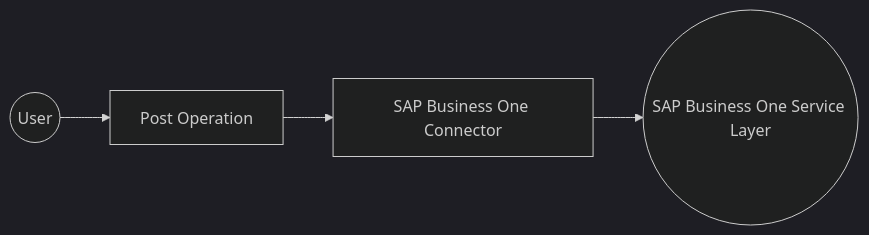
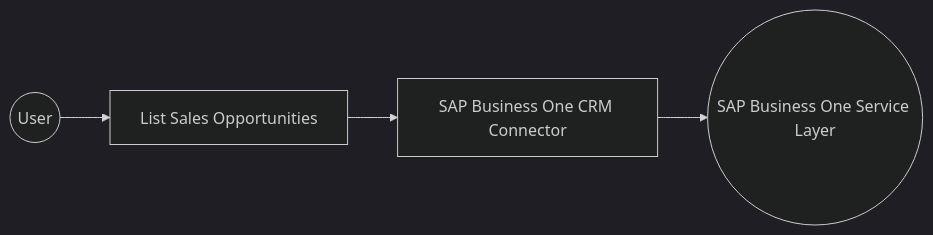
One commit to DimuthuMadushan/docs-integrator changed the diagram in en/docs/connectors/catalog/erp-business/sap.businessone.crm/example.md. Above: the diagram before and after it, drawn with Mermaid (dark theme). The commit also changed other lines of this file and 12 other files, not shown here.

Commit message:
docs: correct SAP Business One CRM example

````diff
--- a/en/docs/connectors/catalog/erp-business/sap.businessone.crm/example.md
+++ b/en/docs/connectors/catalog/erp-business/sap.businessone.crm/example.md
@@ -12,6 +13,6 @@
 ```mermaid
 flowchart LR
-    A((User)) --> B[Post Operation]
-    B --> C[SAP Business One Connector]
+    A((User)) --> B[List Sales Opportunities]
+    B --> C[SAP Business One CRM Connector]
     C --> D((SAP Business One Service Layer))
 ```
````
